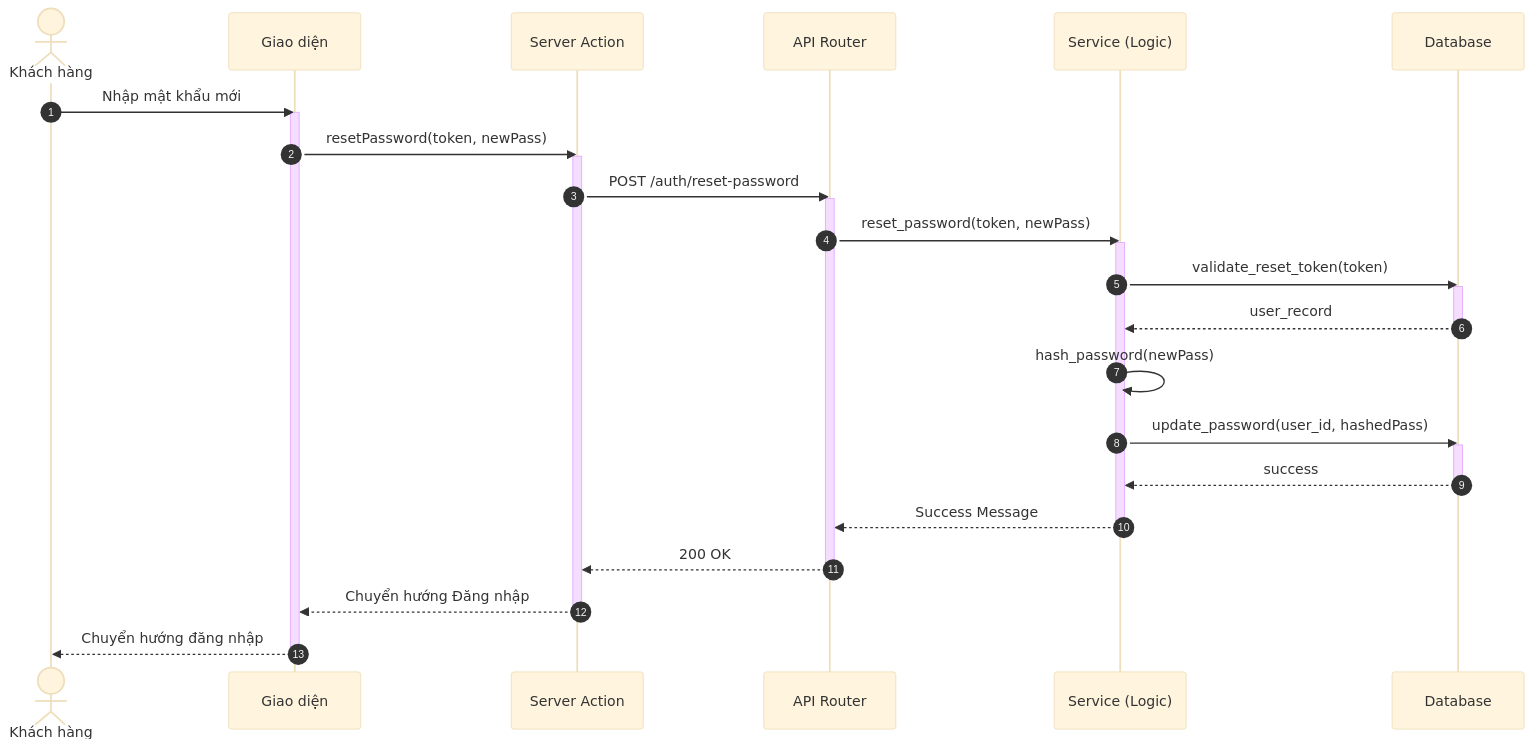
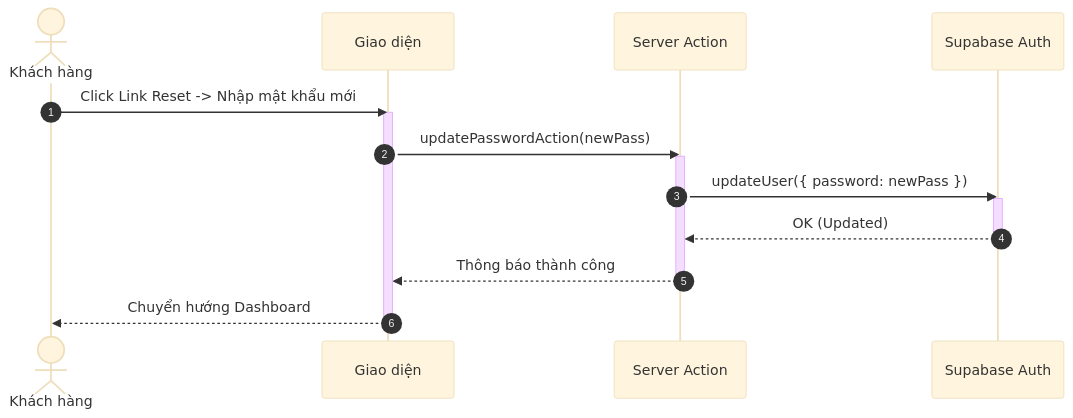
Before and after one commit to ngoctinn/Synapse: the fifth of 8 diagrams in docs/design/sequences/authentication.md, drawn with Mermaid (base theme). The commit also changed other lines of this file and 4 other files, not shown here.

Commit message:
docs: Add initial sequence diagrams for authentication, admin, customer, receptionist, and technician flows.

````diff
--- a/docs/design/sequences/authentication.md
+++ b/docs/design/sequences/authentication.md
@@ -229,44 +141,24 @@
 ```mermaid
 sequenceDiagram
     autonumber
     actor KH as Khách hàng
     participant UI as Giao diện
     participant BFF as Server Action
-    participant API as API Router
-    participant S as Service (Logic)
-    participant DB as Database
+    participant SUPA as Supabase Auth
 
-    KH->>UI: Nhập mật khẩu mới
+    KH->>UI: Click Link Reset -> Nhập mật khẩu mới
     activate UI
-    UI->>BFF: resetPassword(token, newPass)
+    UI->>BFF: updatePasswordAction(newPass)
     activate BFF
 
-    BFF->>API: POST /auth/reset-password
-    activate API
+    BFF->>SUPA: updateUser({ password: newPass })
+    activate SUPA
+    SUPA-->>BFF: OK (Updated)
+    deactivate SUPA
 
-    API->>S: reset_password(token, newPass)
-    activate S
-
-    S->>DB: validate_reset_token(token)
-    activate DB
-    DB-->>S: user_record
-    deactivate DB
-
-    S->>S: hash_password(newPass)
-    S->>DB: update_password(user_id, hashedPass)
-    activate DB
-    DB-->>S: success
-    deactivate DB
-
-    S-->>API: Success Message
-    deactivate S
-
-    API-->>BFF: 200 OK
-    deactivate API
-
-    BFF-->>UI: Chuyển hướng Đăng nhập
+    BFF-->>UI: Thông báo thành công
     deactivate BFF
 
-    UI-->>KH: Chuyển hướng đăng nhập
+    UI-->>KH: Chuyển hướng Dashboard
     deactivate UI
 ```
````
